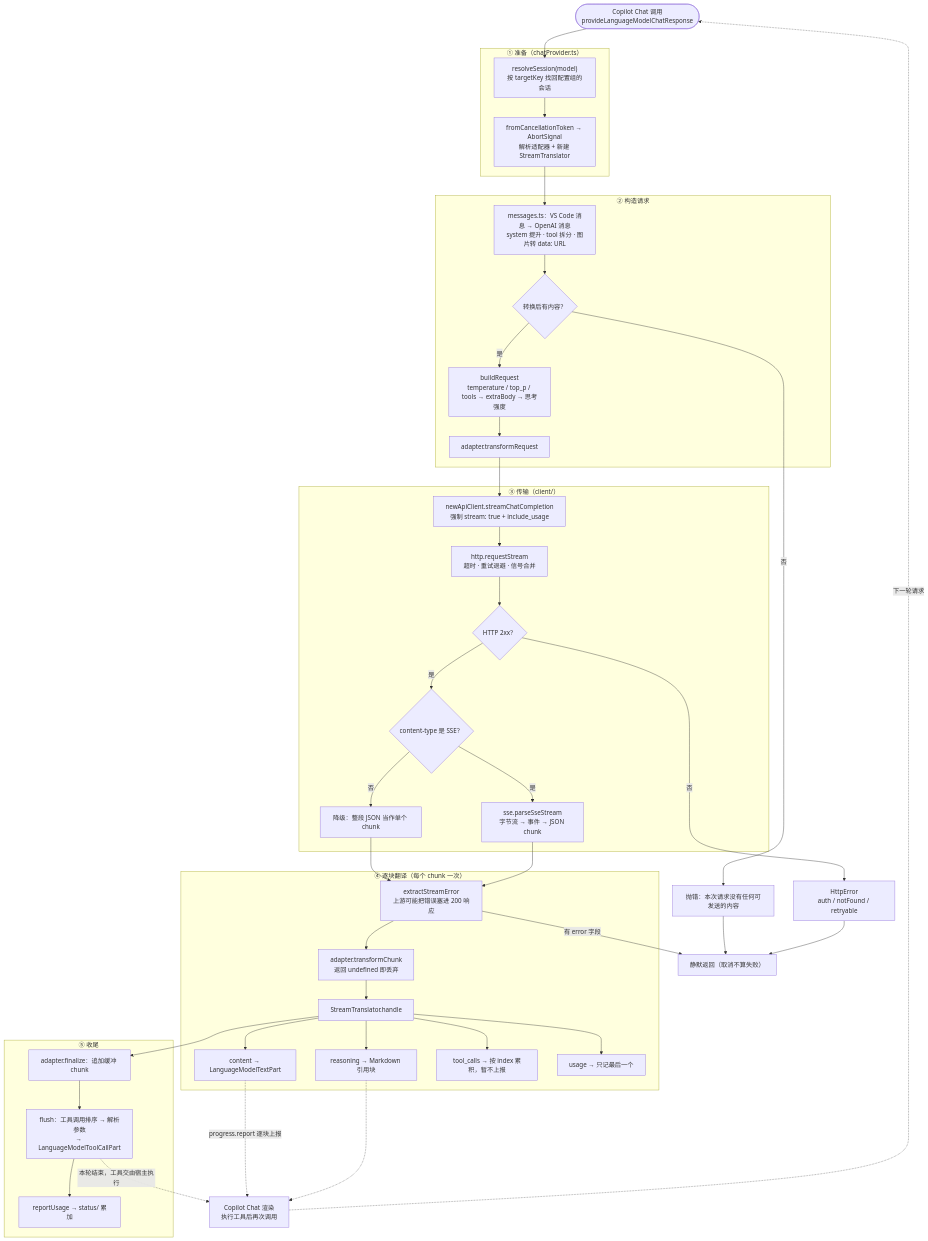
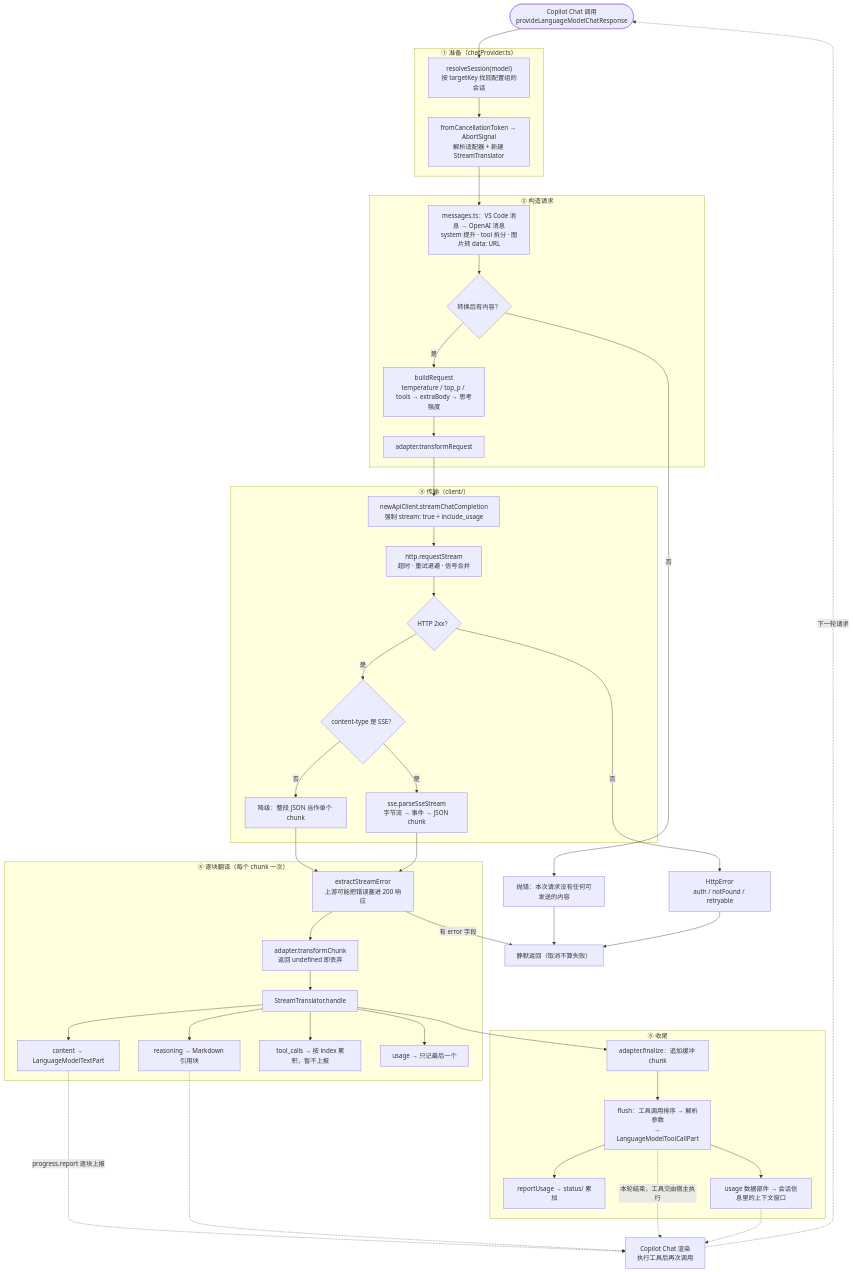
The second of 5 diagrams in docs/ARCHITECTURE.md (zephyraluco/newapi-copilot-chat), drawn with Mermaid before and after one commit. The commit also changed other lines of this file and 9 other files, not shown here.

````diff
--- a/docs/ARCHITECTURE.md
+++ b/docs/ARCHITECTURE.md
@@ -68,63 +68,65 @@
 ```mermaid
 flowchart TD
     start(["Copilot Chat 调用<br/>provideLanguageModelChatResponse"])
 
     subgraph s1["① 准备（chatProvider.ts）"]
         a1["resolveSession(model)<br/>按 targetKey 找回配置组的会话"]
         a2["fromCancellationToken → AbortSignal<br/>解析适配器 + 新建 StreamTranslator"]
     end
 
     subgraph s2["② 构造请求"]
         b1["messages.ts：VS Code 消息 → OpenAI 消息<br/>system 提升 · tool 拆分 · 图片转 data: URL"]
         b2{"转换后有内容？"}
         b3["buildRequest<br/>temperature / top_p / tools → extraBody → 思考强度"]
         b4["adapter.transformRequest"]
     end
 
     subgraph s3["③ 传输（client/）"]
         c1["newApiClient.streamChatCompletion<br/>强制 stream: true + include_usage"]
         c2["http.requestStream<br/>超时 · 重试退避 · 信号合并"]
         c3{"HTTP 2xx？"}
         c4{"content-type 是 SSE？"}
         c5["降级：整段 JSON 当作单个 chunk"]
         c6["sse.parseSseStream<br/>字节流 → 事件 → JSON chunk"]
     end
 
     subgraph s4["④ 逐块翻译（每个 chunk 一次）"]
         d1["extractStreamError<br/>上游可能把错误塞进 200 响应"]
         d2["adapter.transformChunk<br/>返回 undefined 即丢弃"]
         d3["StreamTranslator.handle"]
         d4["content → LanguageModelTextPart"]
         d5["reasoning → Markdown 引用块"]
         d6["tool_calls → 按 index 累积，暂不上报"]
         d7["usage → 只记最后一个"]
     end
 
     subgraph s5["⑤ 收尾"]
         e1["adapter.finalize：追加缓冲 chunk"]
         e2["flush：工具调用排序 → 解析参数<br/>→ LanguageModelToolCallPart"]
         e3["reportUsage → status/ 累加"]
+        e4["usage 数据部件 → 会话信息里的上下文窗口"]
     end
 
     host["Copilot Chat 渲染<br/>执行工具后再次调用"]
     failed["静默返回（取消不算失败）"]
 
     start --> a1 --> a2 --> b1 --> b2
     b2 -->|"否"| b2e["抛错：本次请求没有任何可发送的内容"] --> failed
     b2 -->|"是"| b3 --> b4 --> c1 --> c2 --> c3
     c3 -->|"否"| c3e["HttpError<br/>auth / notFound / retryable"] --> failed
     c3 -->|"是"| c4
     c4 -->|"否"| c5 --> d1
     c4 -->|"是"| c6 --> d1
     d1 -->|"有 error 字段"| failed
     d1 --> d2 --> d3
     d3 --> d4
     d3 --> d5
     d3 --> d6
     d3 --> d7
     d4 -.->|"progress.report 逐块上报"| host
     d5 -.-> host
     d3 --> e1 --> e2 --> e3
     e2 -.->|"本轮结束，工具交由宿主执行"| host
+    e2 --> e4 -.-> host
     host -.->|"下一轮请求"| start
 ```
````
